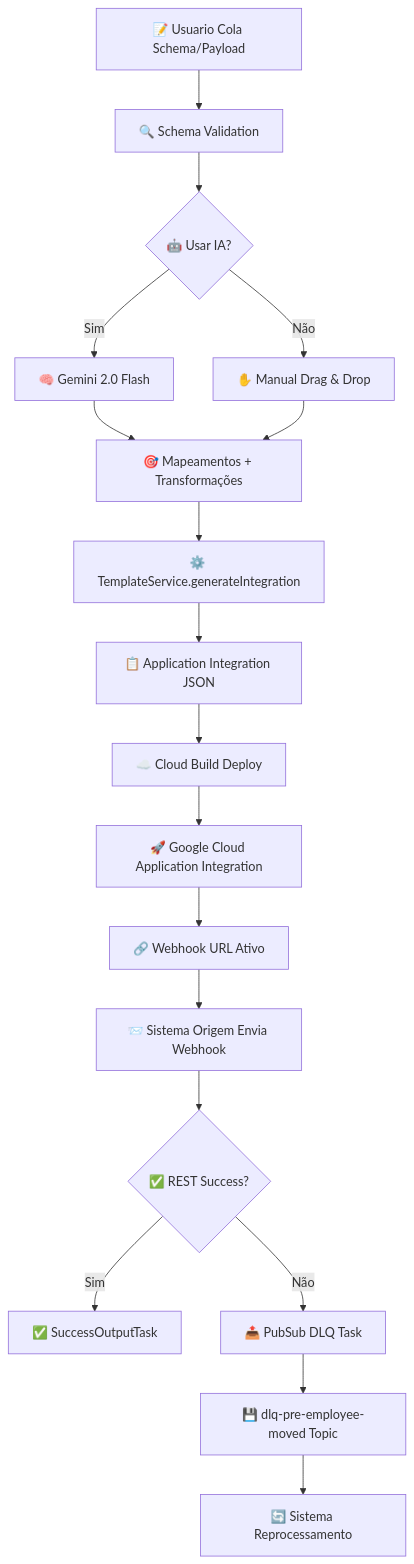
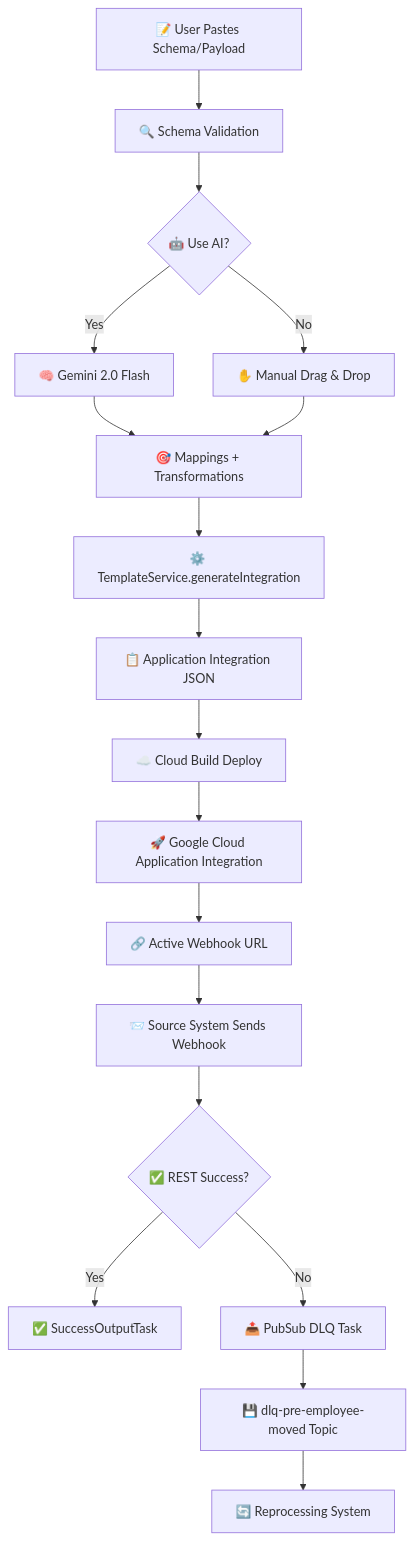
Before and after one commit to IagoLeoni/mapping-builder-for-app-integration: the diagram in README.md, drawn with Mermaid. The commit also changed other lines of this file and 19 other files, not shown here.

````diff
--- a/README.md
+++ b/README.md
@@ -57,27 +61,27 @@
 ```mermaid
 graph TD
-    A[📝 Usuario Cola Schema/Payload] --> B[🔍 Schema Validation]
-    B --> C{🤖 Usar IA?}
+    A[📝 User Pastes Schema/Payload] --> B[🔍 Schema Validation]
+    B --> C{🤖 Use AI?}
     
-    C -->|Sim| D[🧠 Gemini 2.0 Flash]
-    C -->|Não| E[✋ Manual Drag & Drop]
+    C -->|Yes| D[🧠 Gemini 2.0 Flash]
+    C -->|No| E[✋ Manual Drag & Drop]
     
-    D --> F[🎯 Mapeamentos + Transformações]
+    D --> F[🎯 Mappings + Transformations]
     E --> F
     
     F --> G[⚙️ TemplateService.generateIntegration]
     G --> H[📋 Application Integration JSON]
     
     H --> I[☁️ Cloud Build Deploy]
     I --> J[🚀 Google Cloud Application Integration]
     
-    J --> K[🔗 Webhook URL Ativo]
-    K --> L[📨 Sistema Origem Envia Webhook]
+    J --> K[🔗 Active Webhook URL]
+    K --> L[📨 Source System Sends Webhook]
     
     L --> M{✅ REST Success?}
-    M -->|Sim| N[✅ SuccessOutputTask]
-    M -->|Não| O[📤 PubSub DLQ Task]
+    M -->|Yes| N[✅ SuccessOutputTask]
+    M -->|No| O[📤 PubSub DLQ Task]
     
     O --> P[💾 dlq-pre-employee-moved Topic]
-    P --> Q[🔄 Sistema Reprocessamento]
+    P --> Q[🔄 Reprocessing System]
 ```
````
